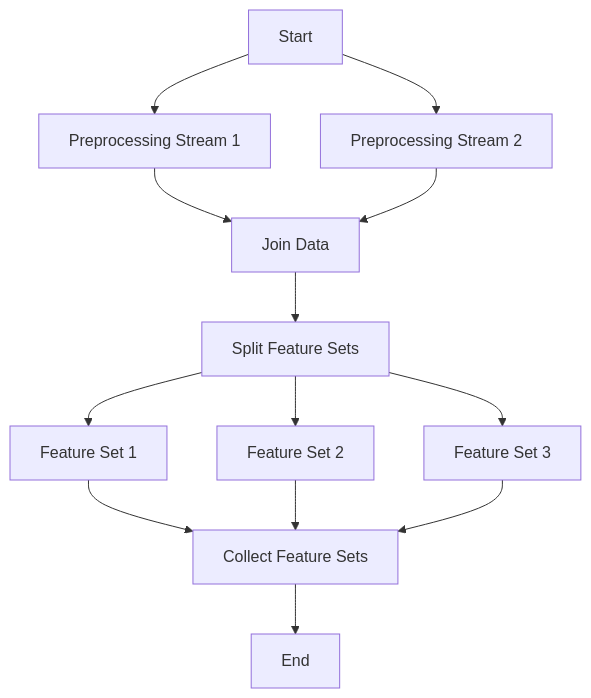
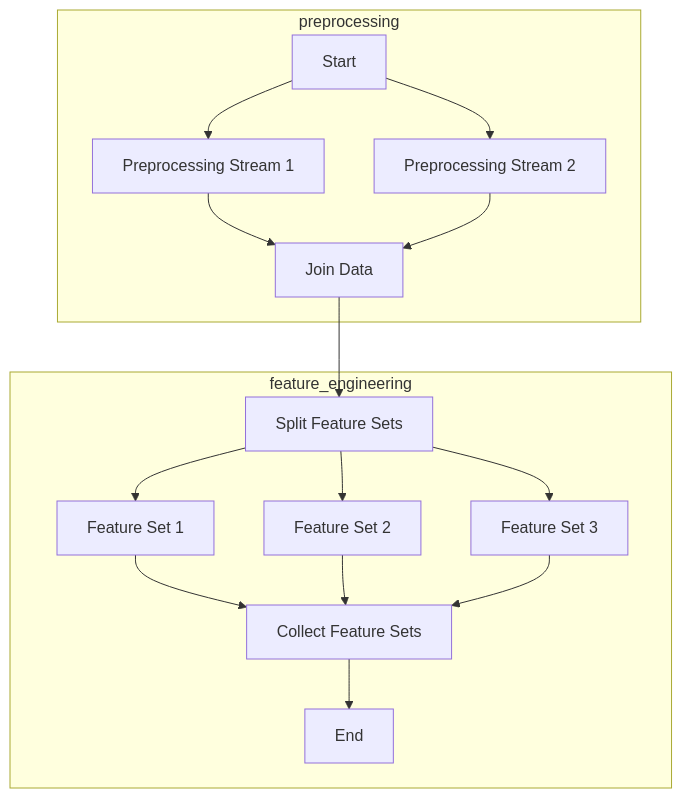
One commit to HimanshuMittal01/kaggle-cmi-piu changed the first of 2 diagrams in docs/flow.md. Above: the diagram before and after it, drawn with Mermaid. The commit also changed other lines of this file and 4 other files, not shown here.

````diff
--- a/docs/flow.md
+++ b/docs/flow.md
@@ -1,12 +1,16 @@
 ```mermaid
 flowchart TD
+    subgraph preprocessing
     A[Start] --> B[Preprocessing Stream 1]
     A[Start] --> C[Preprocessing Stream 2]
     B --> D[Join Data]
     C --> D[Join Data]
+    end
+    subgraph feature_engineering
     D --> E[Split Feature Sets]
     E --> F[Feature Set 1] --> I[Collect Feature Sets]
     E --> G[Feature Set 2] --> I[Collect Feature Sets]
     E --> H[Feature Set 3] --> I[Collect Feature Sets]
     I --> J[End]
+    end
 ```
````
